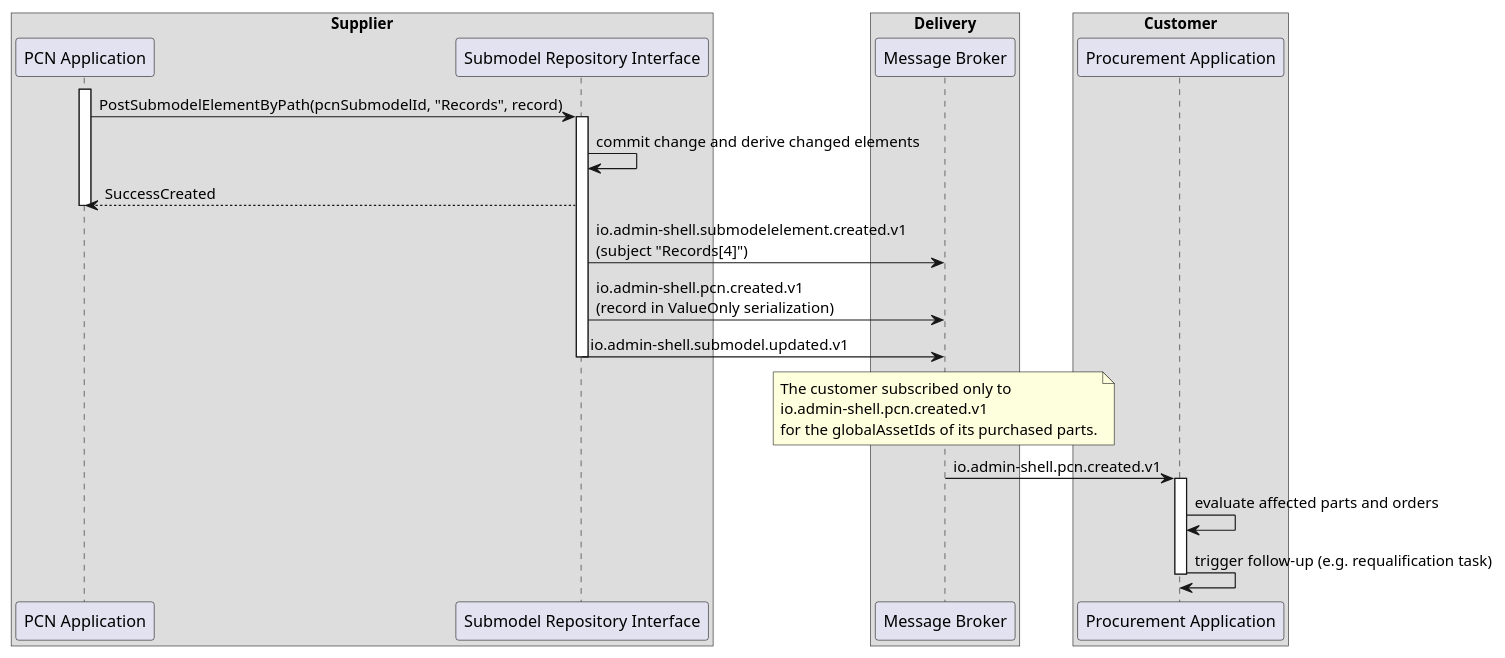
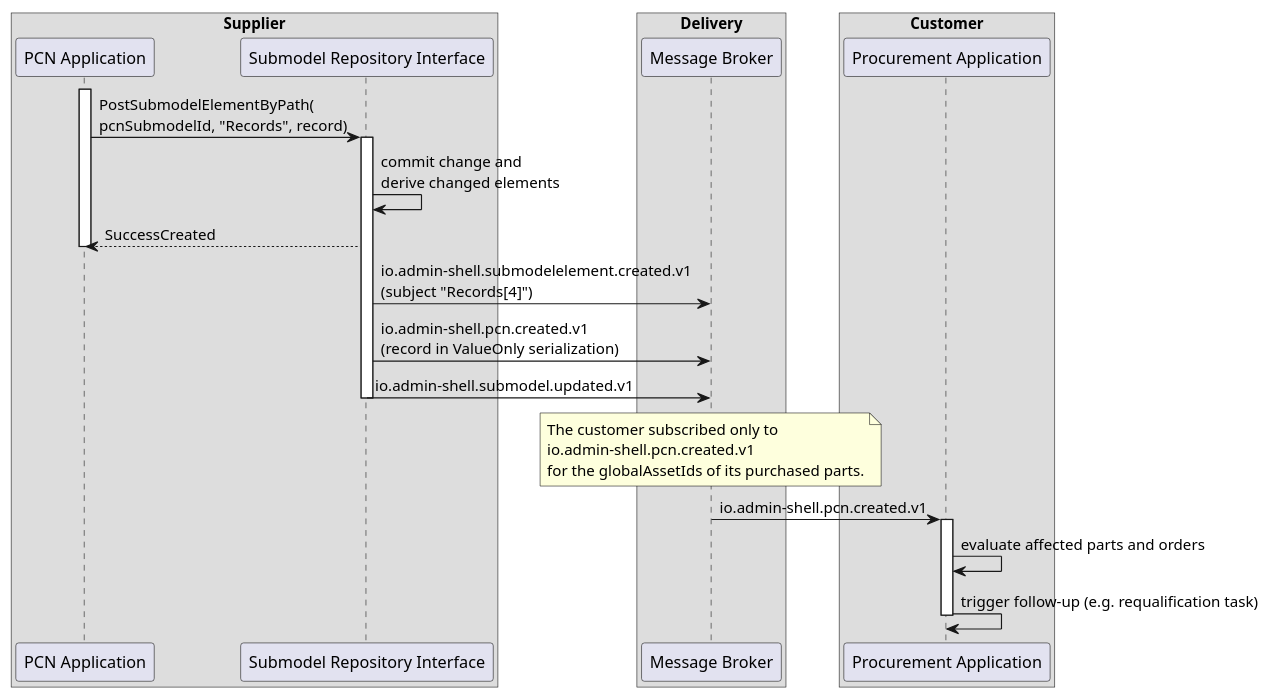
Before and after one commit to aaronzi/aas-specs-api: the diagram in documentation/IDTA-01002-3/modules/ROOT/partials/diagrams/eventing-seq-pcn.puml, drawn with PlantUML. The commit also changed 4 other files, not shown here.

Commit message:
Improve eventing diagram layouts and inline markup

```diff
--- a/documentation/IDTA-01002-3/modules/ROOT/partials/diagrams/eventing-seq-pcn.puml
+++ b/documentation/IDTA-01002-3/modules/ROOT/partials/diagrams/eventing-seq-pcn.puml
@@ -1,40 +1,40 @@
 @startuml
 
 box "Supplier"
 participant Supplier as "PCN Application"
 participant SMService as "Submodel Repository Interface"
 end box
 
 box "Delivery"
 participant Broker as "Message Broker"
 end box
 
 box "Customer"
 participant Customer as "Procurement Application"
 end box
 
 activate Supplier
-Supplier -> SMService : PostSubmodelElementByPath(pcnSubmodelId, "Records", record)
+Supplier -> SMService : PostSubmodelElementByPath(\npcnSubmodelId, "Records", record)
 activate SMService
-SMService -> SMService : commit change and derive changed elements
+SMService -> SMService : commit change and\nderive changed elements
 Supplier <-- SMService : SuccessCreated
 deactivate Supplier
 
 SMService -> Broker : io.admin-shell.submodelelement.created.v1\n(subject "Records[4]")
 SMService -> Broker : io.admin-shell.pcn.created.v1\n(record in ValueOnly serialization)
 SMService -> Broker : io.admin-shell.submodel.updated.v1
 deactivate SMService
 
 note over Broker
   The customer subscribed only to
   io.admin-shell.pcn.created.v1
   for the globalAssetIds of its purchased parts.
 end note
 
 Broker -> Customer : io.admin-shell.pcn.created.v1
 activate Customer
 Customer -> Customer : evaluate affected parts and orders
 Customer -> Customer : trigger follow-up (e.g. requalification task)
 deactivate Customer
 
 @enduml
```
